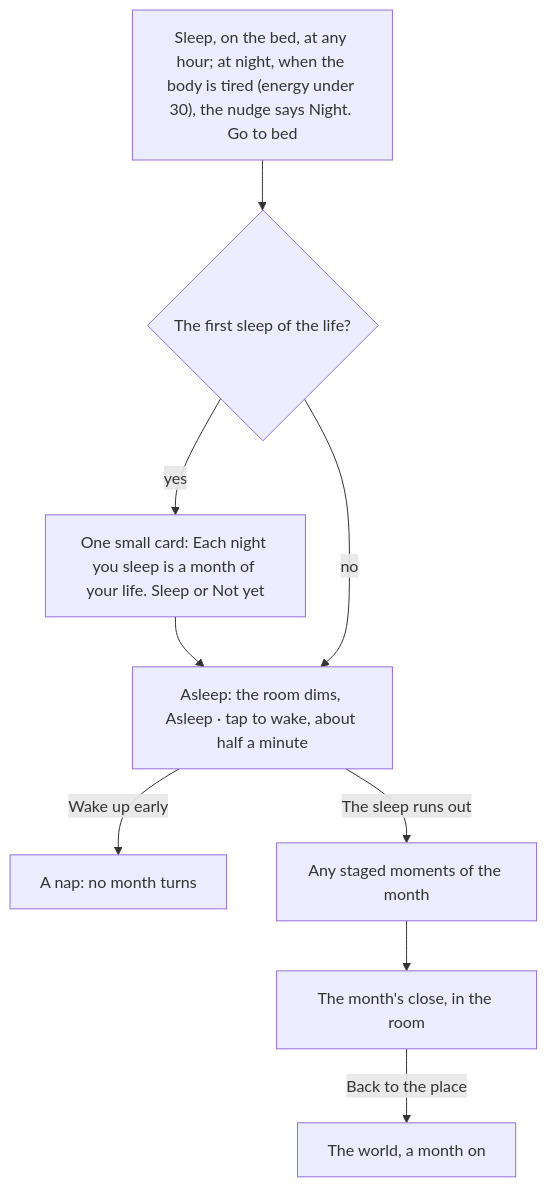
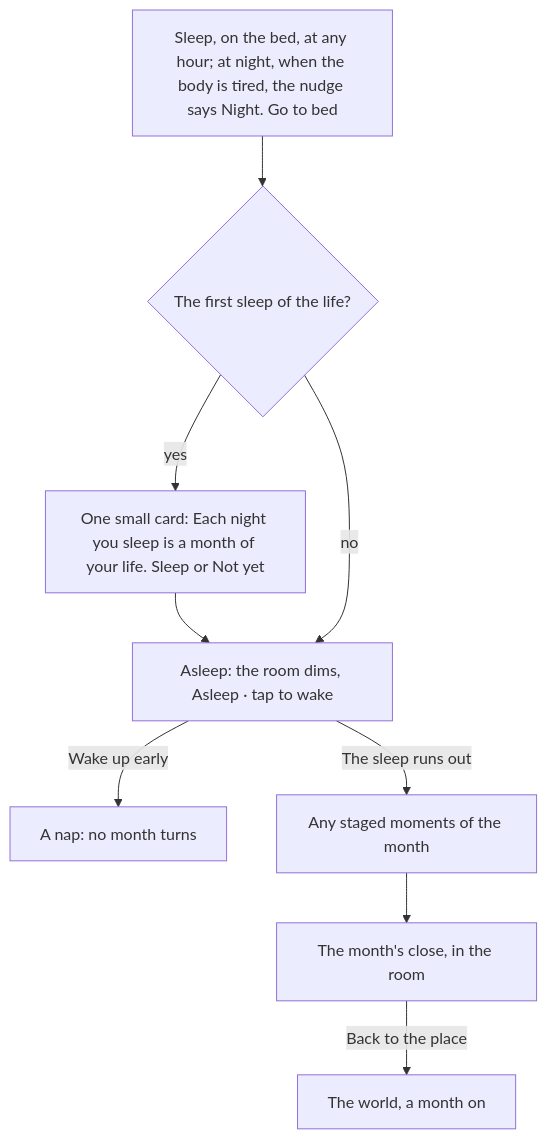
The diagram in docs/site/plays/month.md (buildlab-studio/japacity), drawn with Mermaid before and after one commit. The commit also changed other lines of this file and 157 other files, not shown here.

````diff
--- a/docs/site/plays/month.md
+++ b/docs/site/plays/month.md
@@ -46,11 +34,11 @@
 ```mermaid
 flowchart TD
-  N["Sleep, on the bed, at any hour; at night, when the body is tired (energy under 30), the nudge says Night. Go to bed"] --> Q{"The first sleep of the life?"}
+  N["Sleep, on the bed, at any hour; at night, when the body is tired, the nudge says Night. Go to bed"] --> Q{"The first sleep of the life?"}
   Q -->|yes| C["One small card: Each night you sleep is a month of your life. Sleep or Not yet"]
-  C --> S["Asleep: the room dims, Asleep · tap to wake, about half a minute"]
+  C --> S["Asleep: the room dims, Asleep · tap to wake"]
   Q -->|no| S
   S -->|"Wake up early"| W2["A nap: no month turns"]
   S -->|"The sleep runs out"| MO["Any staged moments of the month"]
   MO --> R["The month's close, in the room"]
   R -->|"Back to the place"| W["The world, a month on"]
 ```
````
